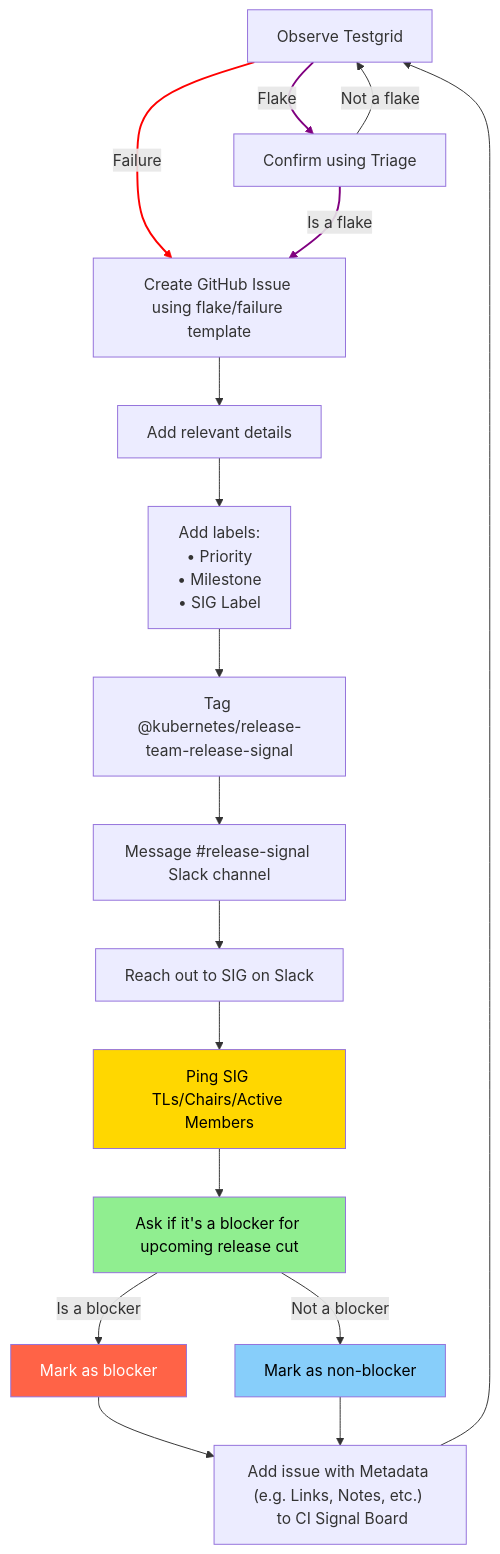
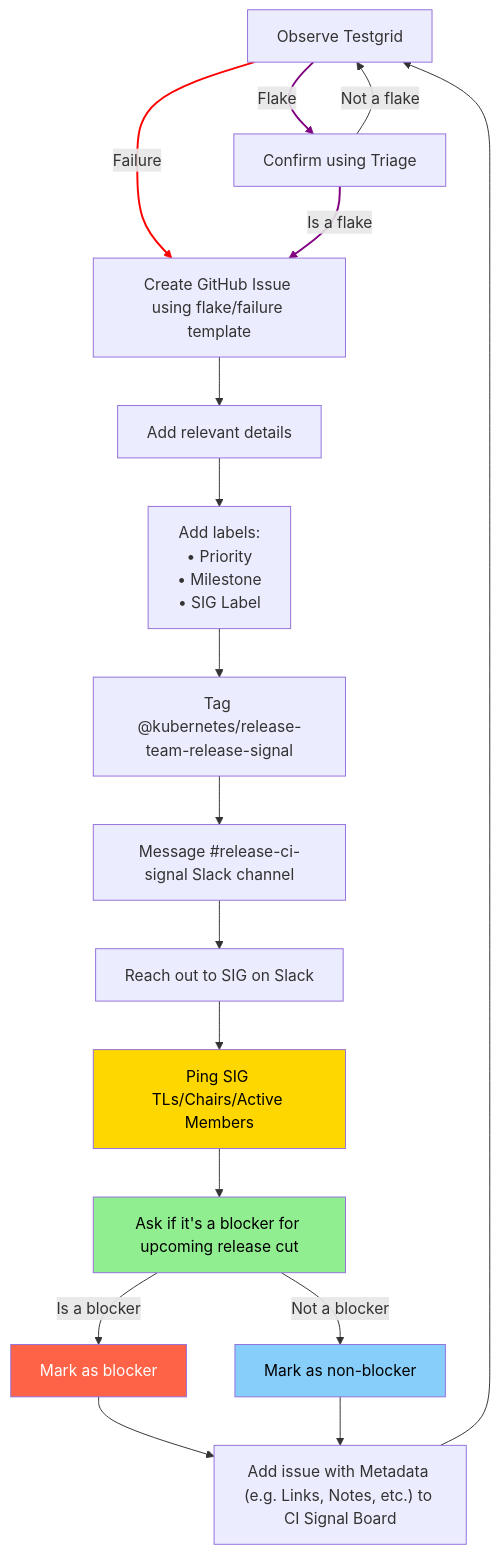
One commit to kubernetes/sig-release changed the first of 2 diagrams in release-team/role-handbooks/release-signal/one-pager.md. Above: the diagram before and after it, drawn with Mermaid. The commit also changed 1 other file, not shown here.

Commit message:
Fix various typos in release-signal docs
While reading through the docs I saw a few easy typos to fix. Nothing
major, just some polish.

Since this is a small and trivial update, also decided to update all
release references to the current release to make it easy for clicking
on hyperlinks, etc.

````diff
--- a/release-team/role-handbooks/release-signal/one-pager.md
+++ b/release-team/role-handbooks/release-signal/one-pager.md
@@ -12,29 +12,29 @@
 ```mermaid
 flowchart TD
     A["Observe Testgrid"] -- Failure --> B["Create GitHub Issue using flake/failure template"]
     A -- Flake --> C["Confirm using Triage"]
     C -- Is a flake --> B
     C -- Not a flake --> A
     B --> D["Add relevant details"]
     D --> A1["Add labels: </br> #8226; Priority </br> #8226; Milestone </br> #8226; SIG Label"]
     A1 --> E["Tag @kubernetes/release-team-release-signal"]
-    E --> F["Message #release-signal Slack channel"]
+    E --> F["Message #release-ci-signal Slack channel"]
     F --> G["Reach out to SIG on Slack"]
     G --> H["Ping SIG TLs/Chairs/Active Members"]
     H --> I["Ask if it's a blocker for upcoming release cut"]
     I -- Is a blocker --> J["Mark as blocker"]
     I -- Not a blocker --> K["Mark as non-blocker"]
-    J & K --> L["Add issue with Metadata (e.g. Links, Notes, etc.) \n to CI Signal Board"]
+    J & K --> L["Add issue with Metadata (e.g. Links, Notes, etc.) to CI Signal Board"]
     L --> A
     
     style H fill:#FFD700,color:#000000
     style I fill:#90EE90,color:#000000
     style J fill:#FF6347,color:#FFFFFF
     style K fill:#87CEFA,color:#000000
 
     linkStyle 0 stroke:red,stroke-width:2px;
     linkStyle 1,2 stroke:purple,stroke-width:2px;
 
     classDef important fill:#FF9999,stroke:#333,stroke-width:2px,color:#000000;
     class N important
 ```
````
